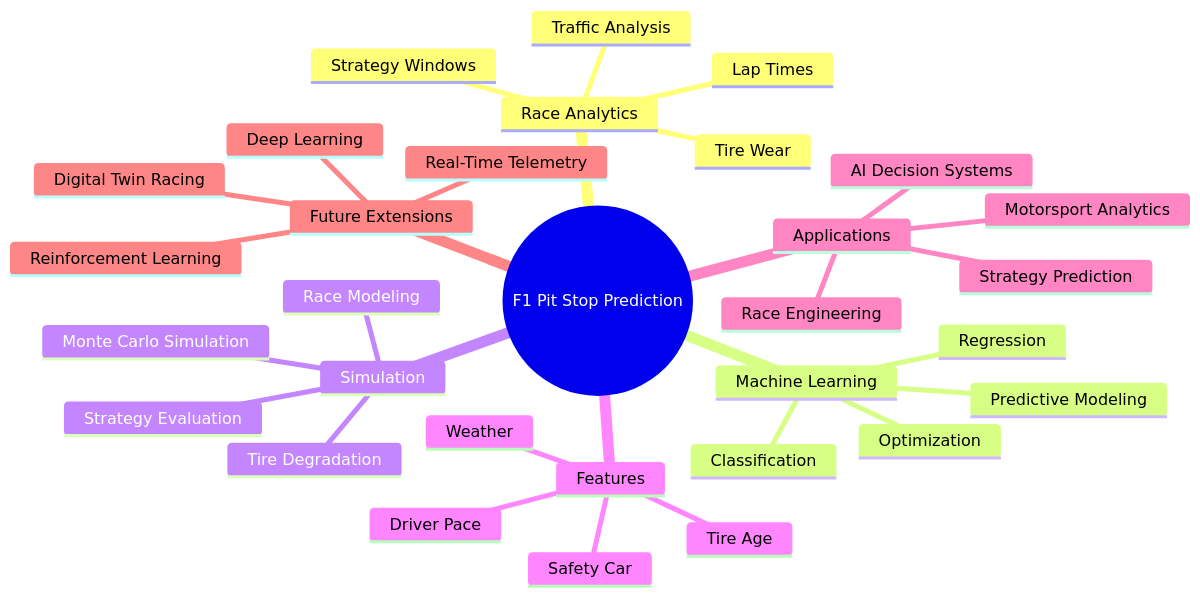
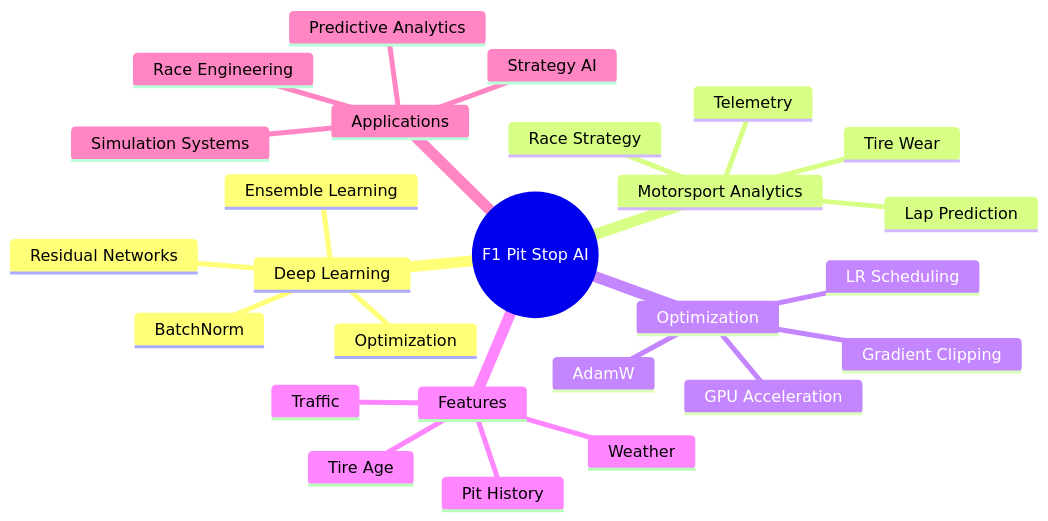
One commit to start-again-06/Predicting_F1_Pit_Stops changed diagram 11 of 11 in README.md. Above: the diagram before and after it, drawn with Mermaid. The commit also changed other lines of this file, not shown here.

````diff
--- a/README.md
+++ b/README.md
@@ -308,40 +576,34 @@
 ```mermaid
 mindmap
-  root((F1 Pit Stop Prediction))
+  root((F1 Pit Stop AI))
 
-    Race Analytics
-      Lap Times
+    Deep Learning
+      Residual Networks
+      BatchNorm
+      Optimization
+      Ensemble Learning
+
+    Motorsport Analytics
       Tire Wear
-      Strategy Windows
-      Traffic Analysis
+      Race Strategy
+      Lap Prediction
+      Telemetry
 
-    Machine Learning
-      Predictive Modeling
-      Regression
-      Classification
-      Optimization
-
-    Simulation
-      Race Modeling
-      Tire Degradation
-      Strategy Evaluation
-      Monte Carlo Simulation
+    Optimization
+      AdamW
+      LR Scheduling
+      Gradient Clipping
+      GPU Acceleration
 
     Features
       Tire Age
       Weather
-      Safety Car
-      Driver Pace
+      Traffic
+      Pit History
 
     Applications
-      Strategy Prediction
       Race Engineering
-      Motorsport Analytics
-      AI Decision Systems
-
-    Future Extensions
-      Reinforcement Learning
-      Real-Time Telemetry
-      Deep Learning
-      Digital Twin Racing
+      Strategy AI
+      Predictive Analytics
+      Simulation Systems
 ```
````
